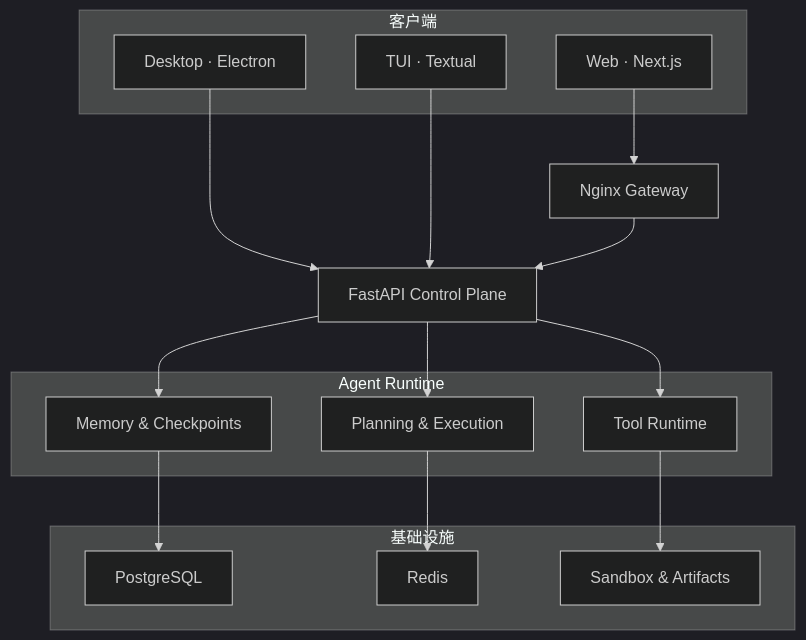
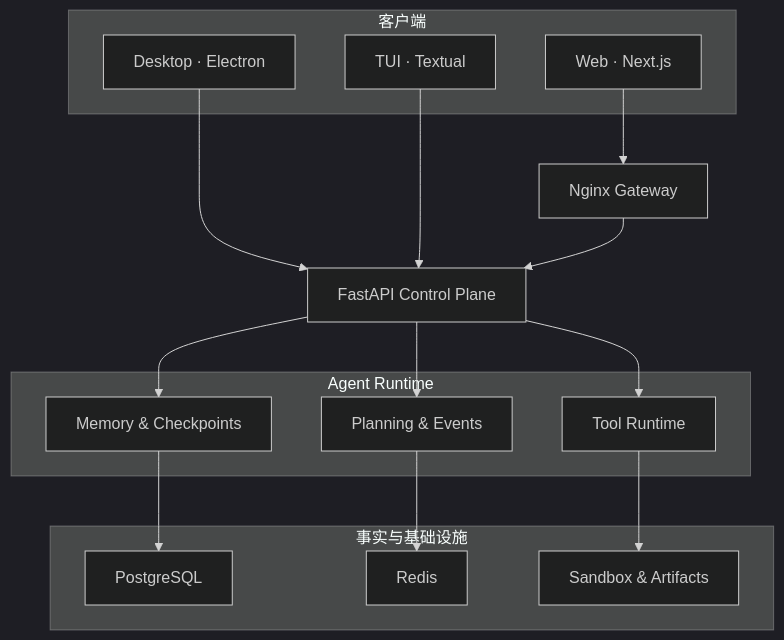
Before and after one commit to malevrigns/atlas-agent-control-plane: the diagram in README.md, drawn with Mermaid (dark theme). The commit also changed other lines of this file and 1 other file, not shown here.

````diff
--- a/README.md
+++ b/README.md
@@ -44,34 +52,34 @@
 ```mermaid
 flowchart TD
     subgraph Clients["客户端"]
         Web["Web · Next.js"]
         Desktop["Desktop · Electron"]
         TUI["TUI · Textual"]
     end
 
     Gateway["Nginx Gateway"]
     API["FastAPI Control Plane"]
 
     subgraph Runtime["Agent Runtime"]
-        Planner["Planning & Execution"]
+        Planner["Planning & Events"]
         Tools["Tool Runtime"]
         Memory["Memory & Checkpoints"]
     end
 
-    subgraph Infrastructure["基础设施"]
+    subgraph Data["事实与基础设施"]
         Postgres["PostgreSQL"]
         Redis["Redis"]
         Sandbox["Sandbox & Artifacts"]
     end
 
     Web --> Gateway
     Desktop --> API
     TUI --> API
     Gateway --> API
     API --> Planner
     API --> Tools
     API --> Memory
     Planner --> Redis
     Tools --> Sandbox
     Memory --> Postgres
 ```
````
